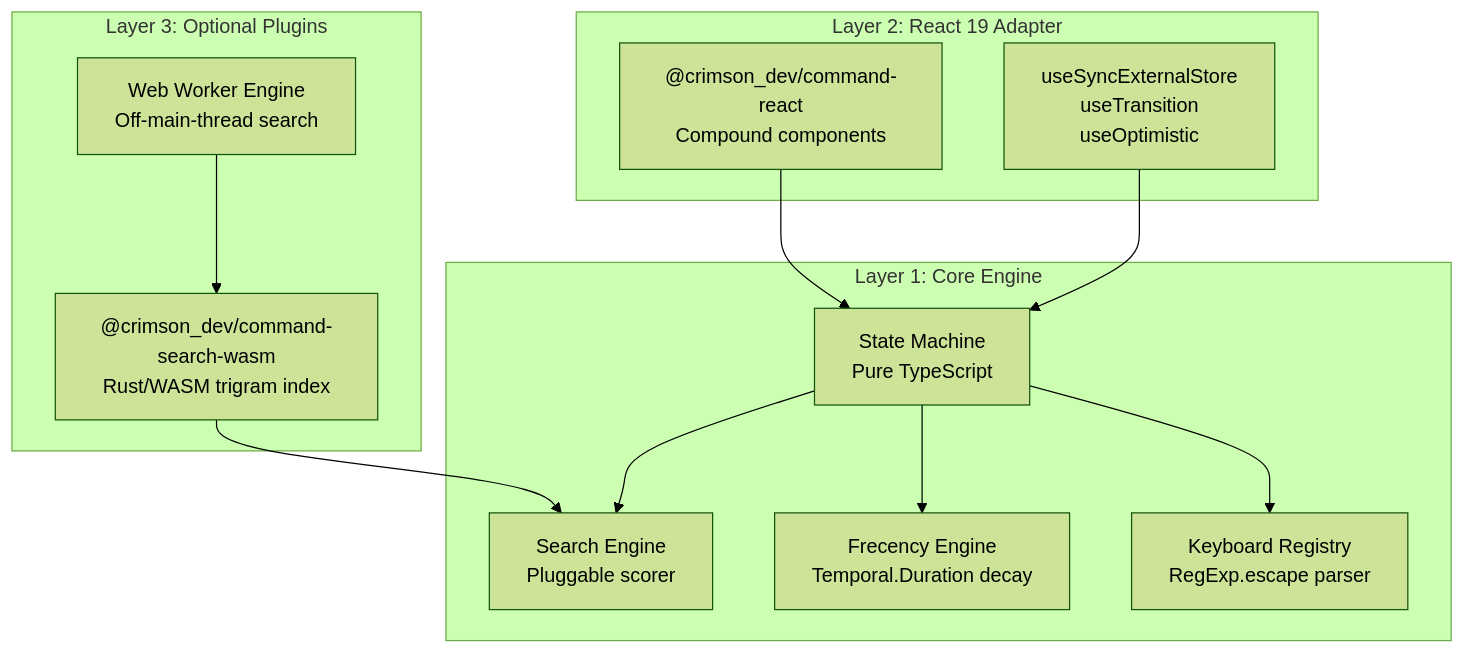
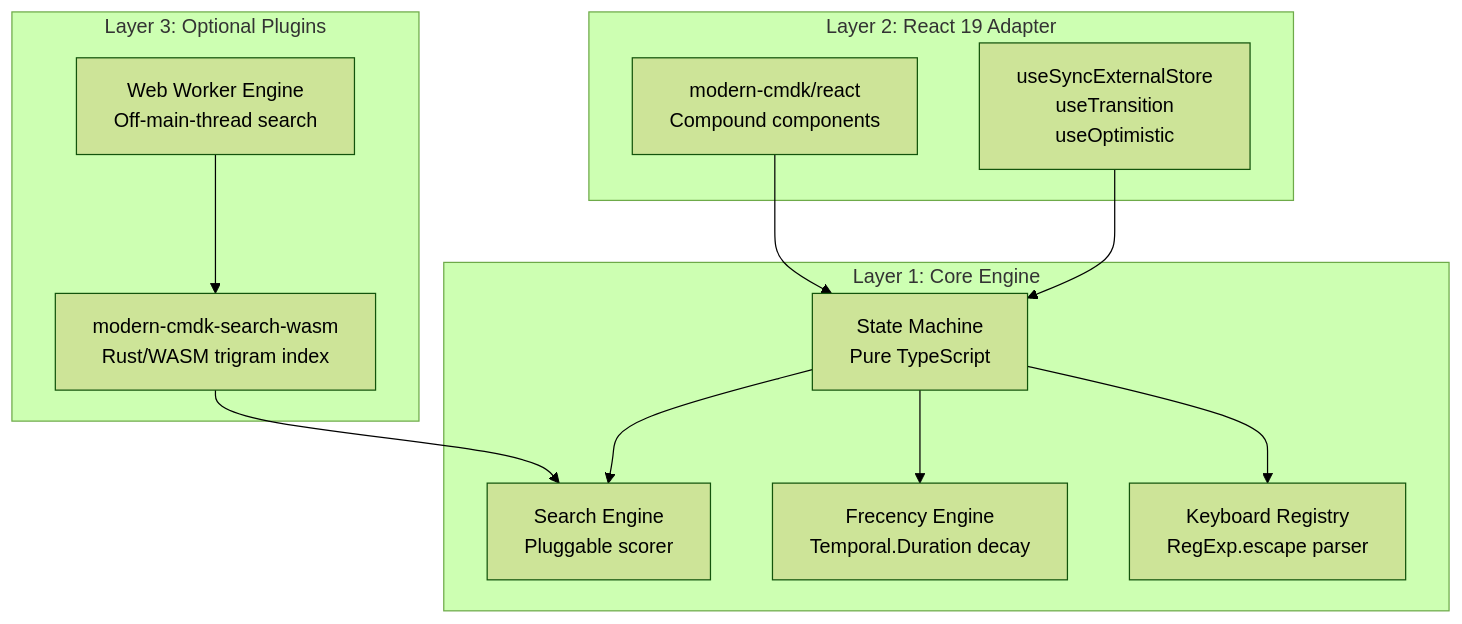
Before and after one commit to ABCrimson/modern-cmdk: the first of 5 diagrams in apps/docs/architecture/overview.md, drawn with Mermaid (forest theme). The commit also changed other lines of this file and 191 other files, not shown here.

First line of the commit message:
feat!: consolidate packages into single `modern-cmdk` npm package

````diff
--- a/apps/docs/architecture/overview.md
+++ b/apps/docs/architecture/overview.md
@@ -12,27 +12,27 @@
 ```mermaid
 graph TB
     subgraph "Layer 3: Optional Plugins"
-        WASM["@crimson_dev/command-search-wasm\nRust/WASM trigram index"]
+        WASM["modern-cmdk-search-wasm\nRust/WASM trigram index"]
         WORKER["Web Worker Engine\nOff-main-thread search"]
     end
 
     subgraph "Layer 2: React 19 Adapter"
-        REACT["@crimson_dev/command-react\nCompound components"]
+        REACT["modern-cmdk/react\nCompound components"]
         HOOKS["useSyncExternalStore\nuseTransition\nuseOptimistic"]
     end
 
     subgraph "Layer 1: Core Engine"
         MACHINE["State Machine\nPure TypeScript"]
         SEARCH["Search Engine\nPluggable scorer"]
         FRECENCY["Frecency Engine\nTemporal.Duration decay"]
         KEYBOARD["Keyboard Registry\nRegExp.escape parser"]
     end
 
     REACT --> MACHINE
     HOOKS --> MACHINE
     WASM --> SEARCH
     WORKER --> WASM
     MACHINE --> SEARCH
     MACHINE --> FRECENCY
     MACHINE --> KEYBOARD
 ```
````
